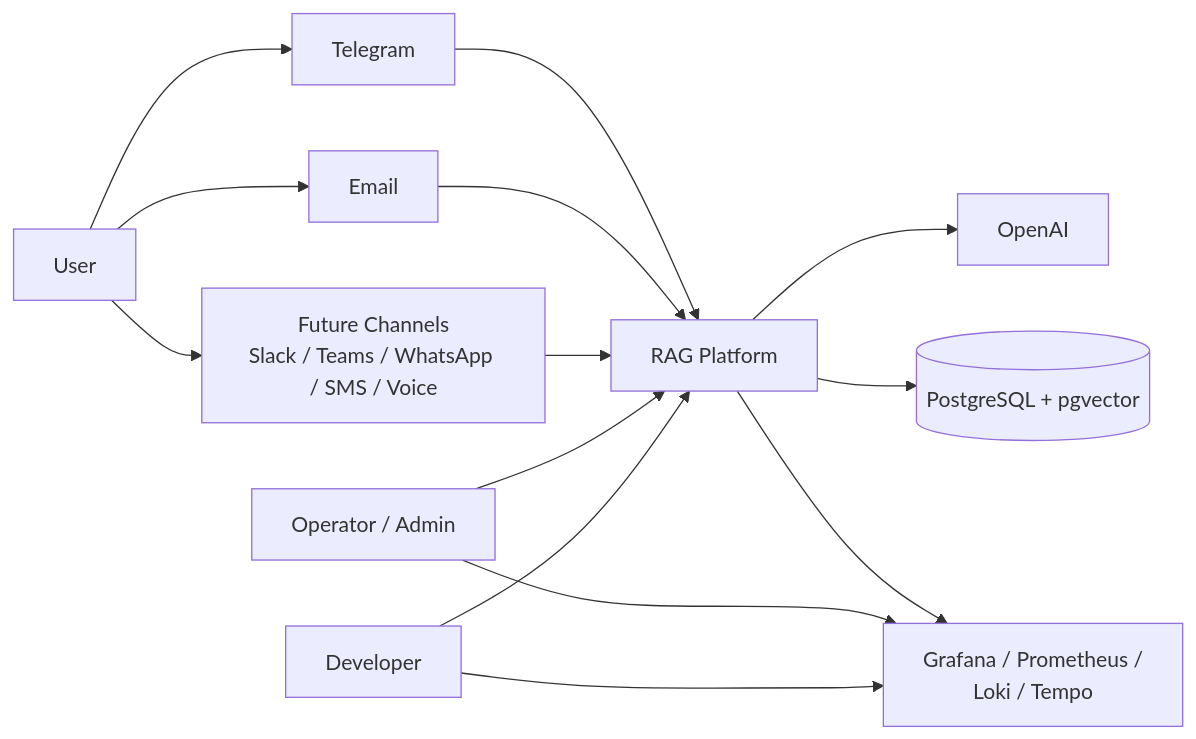
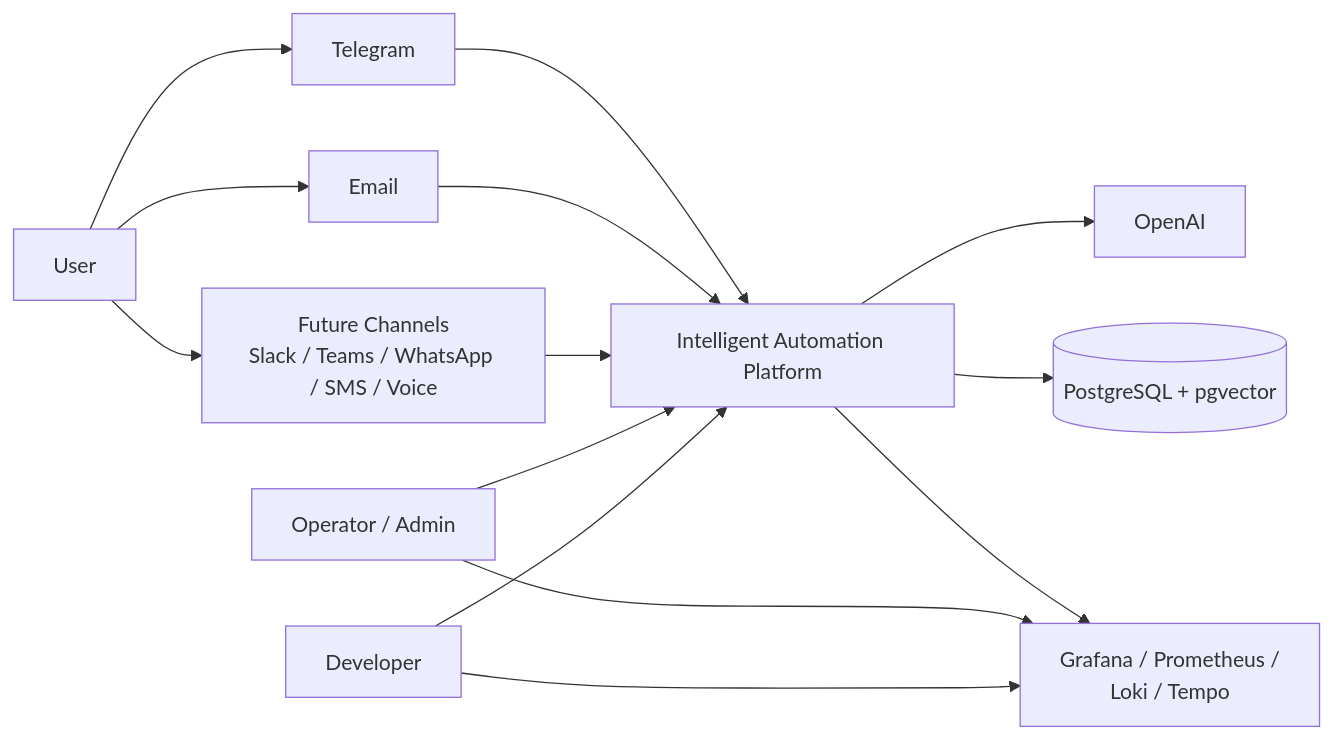
One commit to CiceroDeveloper01/rag-platform changed the diagram in docs/c4/system-context.md. Above: the diagram before and after it, drawn with Mermaid. The commit also changed other lines of this file and 94 other files, not shown here.

First line of the commit message:
refactor(branding): reposition platform as intelligent automation platform

````diff
--- a/docs/c4/system-context.md
+++ b/docs/c4/system-context.md
@@ -9,32 +9,32 @@
 ```mermaid
 flowchart LR
     User[User]
     Operator[Operator / Admin]
     Developer[Developer]
 
     Telegram[Telegram]
     Email[Email]
     FutureChannels[Future Channels\nSlack / Teams / WhatsApp / SMS / Voice]
     OpenAI[OpenAI]
     PostgreSQL[(PostgreSQL + pgvector)]
     Observability[Grafana / Prometheus /\nLoki / Tempo]
 
-    Platform[RAG Platform]
+    Platform[Intelligent Automation Platform]
 
     User --> Telegram
     User --> Email
     User --> FutureChannels
 
     Telegram --> Platform
     Email --> Platform
     FutureChannels --> Platform
 
     Platform --> OpenAI
     Platform --> PostgreSQL
     Platform --> Observability
 
     Operator --> Platform
     Operator --> Observability
     Developer --> Platform
     Developer --> Observability
 ```
````
